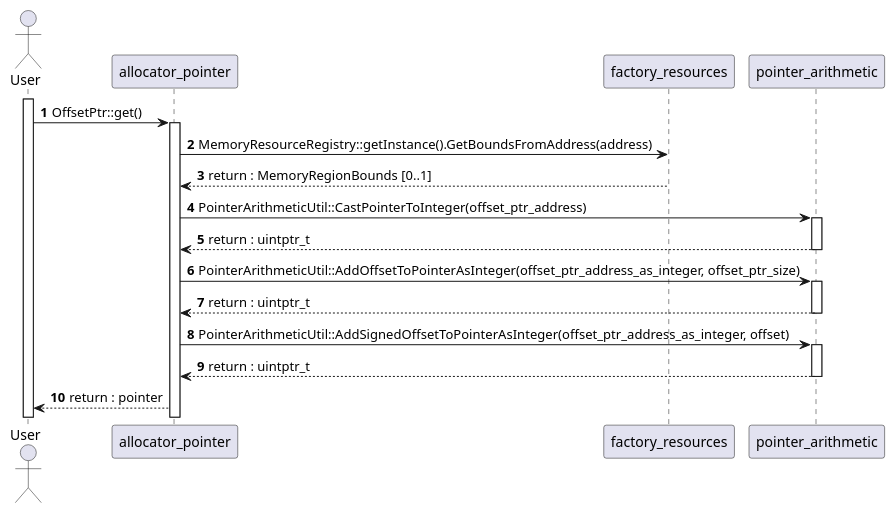
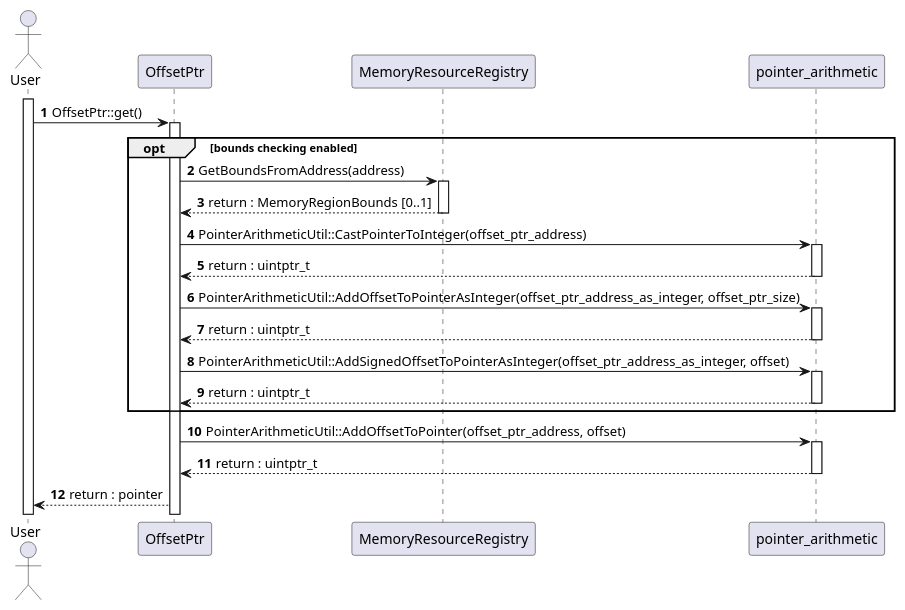
One commit to eclipse-score/communication changed the diagram in score/memory/shared/dependability/architectural_design/dynamic_design/dereference_offset_ptr.puml. Above: the diagram before and after it, drawn with PlantUML. The commit also changed 19 other files, not shown here.

First line of the commit message:
memory/shared: FMEA/FTA pointer_allocator unit

```diff
--- a/score/memory/shared/dependability/architectural_design/dynamic_design/dereference_offset_ptr.puml
+++ b/score/memory/shared/dependability/architectural_design/dynamic_design/dereference_offset_ptr.puml
@@ -1,31 +1,40 @@
 @startuml
 'https://plantuml.com/sequence-diagram
 
 autonumber
 
 actor "User" as Process
-participant "allocator_pointer" as allocator_pointer
-participant "factory_resources" as factory_resources
+participant "OffsetPtr" as offset_ptr
+participant "MemoryResourceRegistry" as registry
 participant "pointer_arithmetic" as pointer_arithmetic
 
 activate Process
 
-Process -> allocator_pointer : OffsetPtr::get()
-activate allocator_pointer
-allocator_pointer -> factory_resources : MemoryResourceRegistry::getInstance().GetBoundsFromAddress(address)
-allocator_pointer <-- factory_resources : return : MemoryRegionBounds [0..1]
-allocator_pointer -> pointer_arithmetic : PointerArithmeticUtil::CastPointerToInteger(offset_ptr_address)
+Process -> offset_ptr : OffsetPtr::get()
+activate offset_ptr
+opt bounds checking enabled
+    offset_ptr -> registry : GetBoundsFromAddress(address)
+    activate registry
+    offset_ptr <-- registry : return : MemoryRegionBounds [0..1]
+    deactivate registry
+    offset_ptr -> pointer_arithmetic : PointerArithmeticUtil::CastPointerToInteger(offset_ptr_address)
+    activate pointer_arithmetic
+    offset_ptr <-- pointer_arithmetic : return : uintptr_t
+    deactivate pointer_arithmetic
+    offset_ptr -> pointer_arithmetic : PointerArithmeticUtil::AddOffsetToPointerAsInteger(offset_ptr_address_as_integer, offset_ptr_size)
+    activate pointer_arithmetic
+    offset_ptr <-- pointer_arithmetic : return : uintptr_t
+    deactivate pointer_arithmetic
+    offset_ptr -> pointer_arithmetic : PointerArithmeticUtil::AddSignedOffsetToPointerAsInteger(offset_ptr_address_as_integer, offset)
+    activate pointer_arithmetic
+    offset_ptr <-- pointer_arithmetic : return : uintptr_t
+    deactivate pointer_arithmetic
+end
+
+offset_ptr -> pointer_arithmetic : PointerArithmeticUtil::AddOffsetToPointer(offset_ptr_address, offset)
 activate pointer_arithmetic
-allocator_pointer <-- pointer_arithmetic : return : uintptr_t
+offset_ptr <-- pointer_arithmetic : return : uintptr_t
 deactivate pointer_arithmetic
-allocator_pointer -> pointer_arithmetic : PointerArithmeticUtil::AddOffsetToPointerAsInteger(offset_ptr_address_as_integer, offset_ptr_size)
-activate pointer_arithmetic
-allocator_pointer <-- pointer_arithmetic : return : uintptr_t
-deactivate pointer_arithmetic
-allocator_pointer -> pointer_arithmetic : PointerArithmeticUtil::AddSignedOffsetToPointerAsInteger(offset_ptr_address_as_integer, offset)
-activate pointer_arithmetic
-allocator_pointer <-- pointer_arithmetic : return : uintptr_t
-deactivate pointer_arithmetic
-Process <-- allocator_pointer : return : pointer
+Process <-- offset_ptr : return : pointer
 
 @enduml
```
